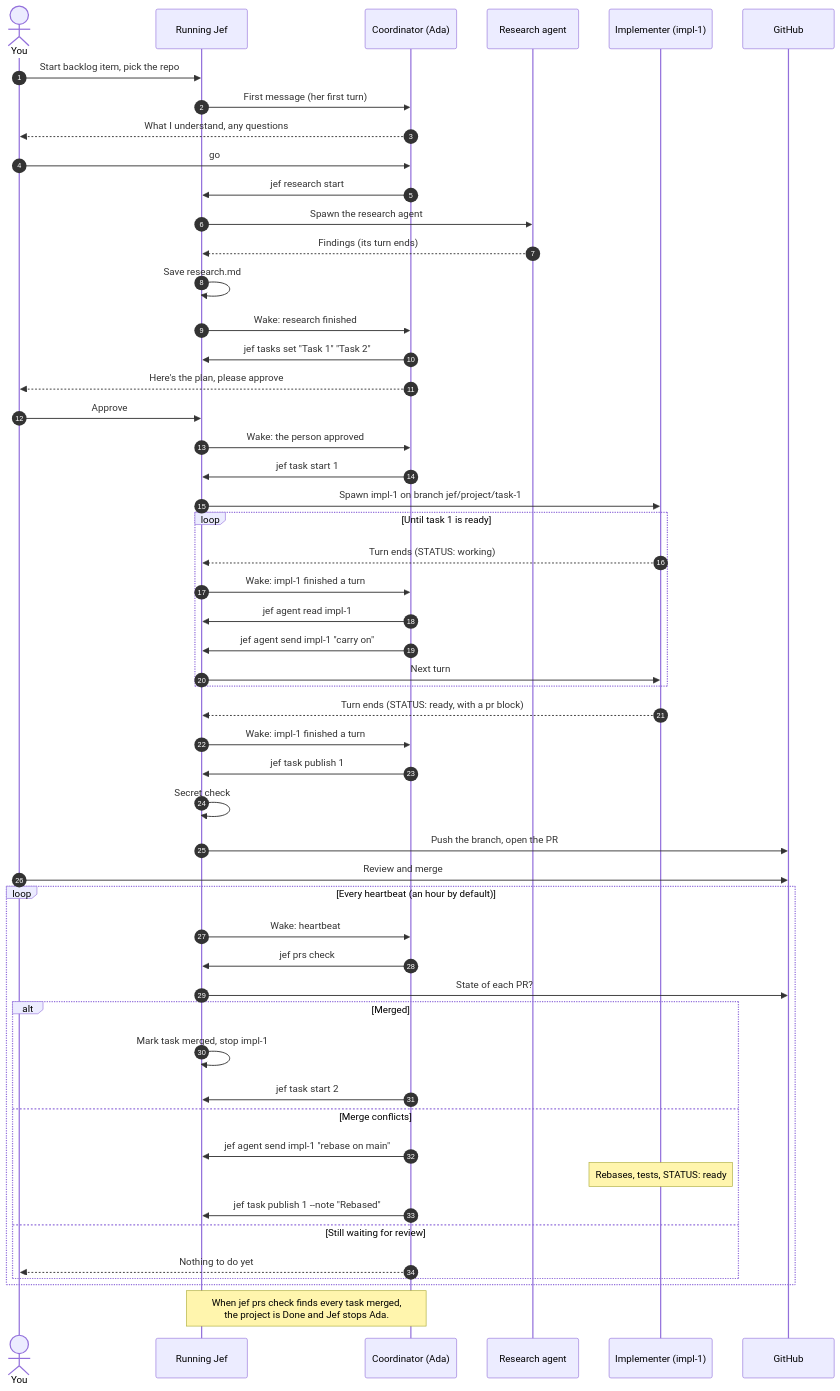
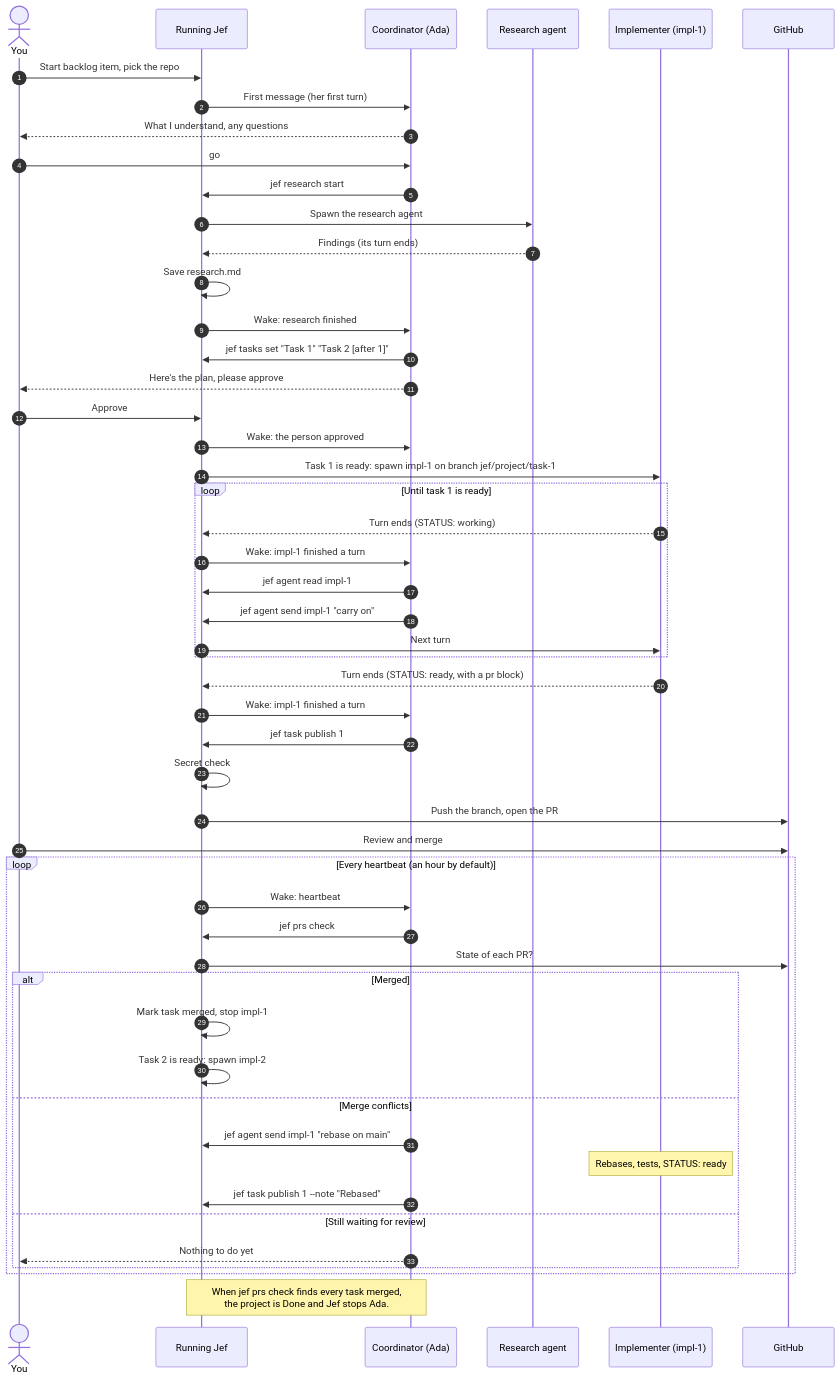
One commit to gregyu219/Jef changed the second of 2 diagrams in README.md. Above: the diagram before and after it, drawn with Mermaid. The commit also changed other lines of this file and 4 other files, not shown here.

First line of the commit message:
Tell the coordinator that Jef starts ready tasks by itself

````diff
--- a/README.md
+++ b/README.md
@@ -146,59 +146,58 @@
 ```mermaid
 sequenceDiagram
     autonumber
     actor You
     participant Jef as Running Jef
     participant Ada as Coordinator (Ada)
     participant R as Research agent
     participant I as Implementer (impl-1)
     participant GH as GitHub
 
     You->>Jef: Start backlog item, pick the repo
     Jef->>Ada: First message (her first turn)
     Ada-->>You: What I understand, any questions
     You->>Ada: go
     Ada->>Jef: jef research start
     Jef->>R: Spawn the research agent
     R-->>Jef: Findings (its turn ends)
     Jef->>Jef: Save research.md
     Jef->>Ada: Wake: research finished
-    Ada->>Jef: jef tasks set "Task 1" "Task 2"
+    Ada->>Jef: jef tasks set "Task 1" "Task 2 [after 1]"
     Ada-->>You: Here's the plan, please approve
     You->>Jef: Approve
     Jef->>Ada: Wake: the person approved
-    Ada->>Jef: jef task start 1
-    Jef->>I: Spawn impl-1 on branch jef/project/task-1
+    Jef->>I: Task 1 is ready: spawn impl-1 on branch jef/project/task-1
 
     loop Until task 1 is ready
         I-->>Jef: Turn ends (STATUS: working)
         Jef->>Ada: Wake: impl-1 finished a turn
         Ada->>Jef: jef agent read impl-1
         Ada->>Jef: jef agent send impl-1 "carry on"
         Jef->>I: Next turn
     end
 
     I-->>Jef: Turn ends (STATUS: ready, with a pr block)
     Jef->>Ada: Wake: impl-1 finished a turn
     Ada->>Jef: jef task publish 1
     Jef->>Jef: Secret check
     Jef->>GH: Push the branch, open the PR
     You->>GH: Review and merge
 
     loop Every heartbeat (an hour by default)
         Jef->>Ada: Wake: heartbeat
         Ada->>Jef: jef prs check
         Jef->>GH: State of each PR?
         alt Merged
             Jef->>Jef: Mark task merged, stop impl-1
-            Ada->>Jef: jef task start 2
+            Jef->>Jef: Task 2 is ready: spawn impl-2
         else Merge conflicts
             Ada->>Jef: jef agent send impl-1 "rebase on main"
             Note over I: Rebases, tests, STATUS: ready
             Ada->>Jef: jef task publish 1 --note "Rebased"
         else Still waiting for review
             Ada-->>You: Nothing to do yet
         end
     end
 
     Note over Jef,Ada: When jef prs check finds every task merged,<br/>the project is Done and Jef stops Ada.
 ```
````
